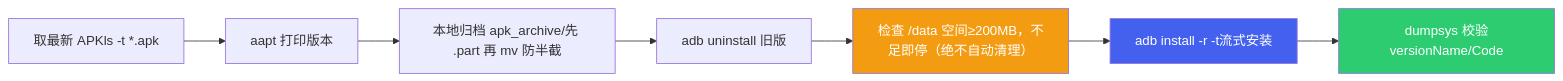
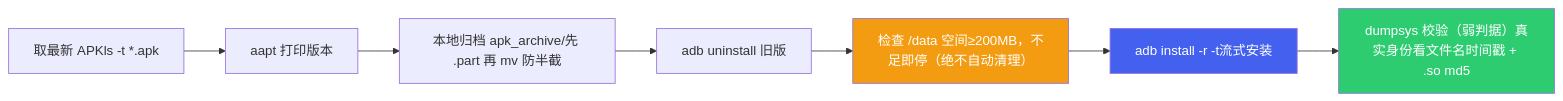
One commit to ranpin/edge-ai-docs changed the sixth of 6 diagrams in cockpit/projects/lantu/apk-integration.md. Above: the diagram before and after it, drawn with Mermaid. The commit also changed other lines of this file and 6 other files, not shown here.

First line of the commit message:
岚图模块二轮专家评审：7 篇全量修订

````diff
--- a/cockpit/projects/lantu/apk-integration.md
+++ b/cockpit/projects/lantu/apk-integration.md
@@ -568,12 +634,12 @@
 ```mermaid
 flowchart LR
     A["取最新 APKls -t *.apk"] --> B["aapt 打印版本"]
     B --> C["本地归档 apk_archive/先 .part 再 mv 防半截"]
     C --> D["adb uninstall 旧版"]
     D --> E["检查 /data 空间≥200MB，不足即停（绝不自动清理）"]
     E --> F["adb install -r -t流式安装"]
-    F --> G["dumpsys 校验versionName/Code"]
+    F --> G["dumpsys 校验（弱判据）真实身份看文件名时间戳 + .so md5"]
     style E fill:#f39c12,color:#fff
     style F fill:#4361ee,color:#fff
     style G fill:#2ecc71,color:#fff
 ```
````
